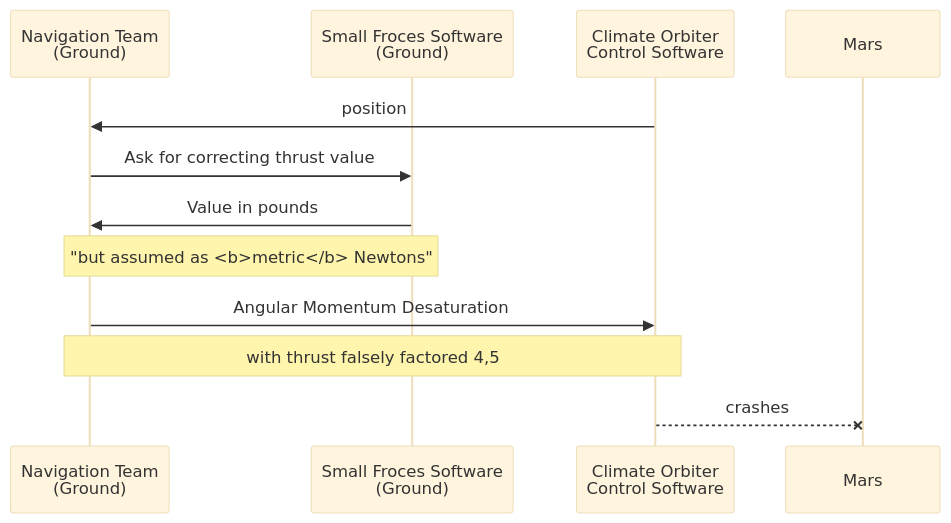
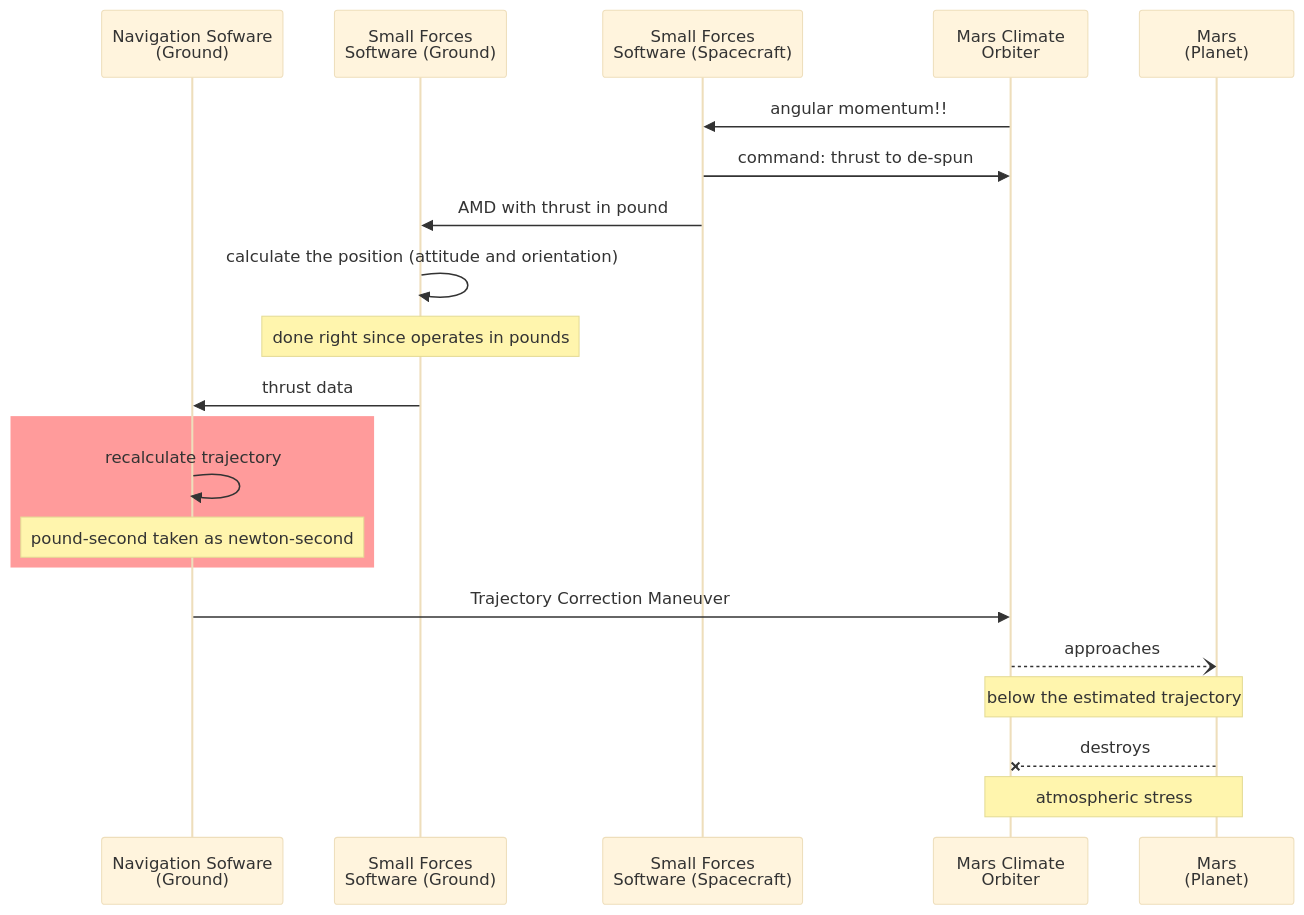
One commit to Kyriosity/use-dev changed the diagram in README+/projects/U-Val/README.md. Above: the diagram before and after it, drawn with Mermaid (base theme). The commit also changed other lines of this file, not shown here.

Commit message:
🐝✒️U-Val

````diff
--- a/README+/projects/U-Val/README.md
+++ b/README+/projects/U-Val/README.md
@@ -37,14 +40,24 @@
 ```mermaid
 sequenceDiagram
-participant A as Navigation Team<br />(Ground)
-participant B as Small Froces Software<br />(Ground)
-participant O as Climate Orbiter<br />Control Software
-participant M as Mars
-    O->>A: position
-    A->>B: Ask for correcting thrust value
-    B->>A: Value in pounds
-    Note over B,A: "but assumed as <b>metric</b> Newtons"
-    A->>O:  Angular Momentum Desaturation
- Note over A,O: with thrust falsely factored 4,5
-    O--xM: crashes
+participant NAV as Navigation Sofware<br />(Ground)
+participant SF as Small Forces<br />Software (Ground)
+participant SFO as Small Forces<br />Software (Spacecraft)
+participant MCO as Mars Climate<br />Orbiter
+participant M as Mars<br />(Planet)
+       MCO->>SFO: angular momentum!!
+      SFO->>MCO: command: thrust to de-spun
+      SFO->>SF: AMD with thrust in pound
+      SF->>SF: calculate the position (attitude and orientation)
+Note over SF,SF: done right since operates in pounds
+      SF->>NAV: thrust data
+rect rgb(255, 155, 155)
+      NAV->>NAV: recalculate trajectory
+Note over NAV,NAV: pound-second taken as newton-second 
+end
+      NAV->>MCO: Trajectory Correction Maneuver
+      MCO--)M: approaches
+Note over MCO,M: below the estimated trajectory
+      M--xMCO: destroys
+Note over M,MCO: atmospheric stress
+destroy participant MCO
 ```
````
